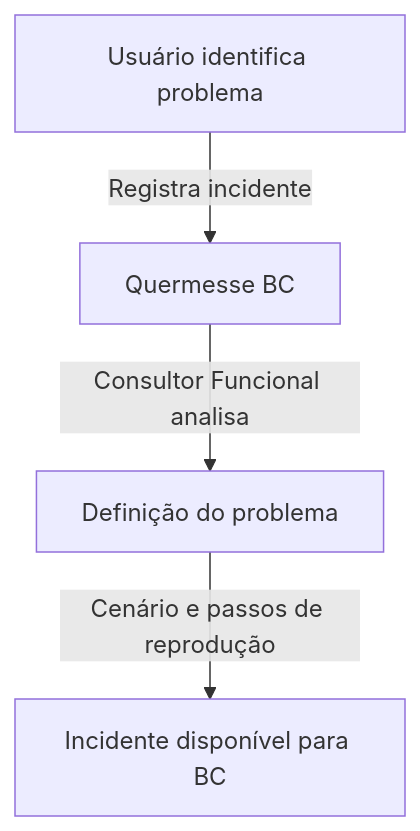
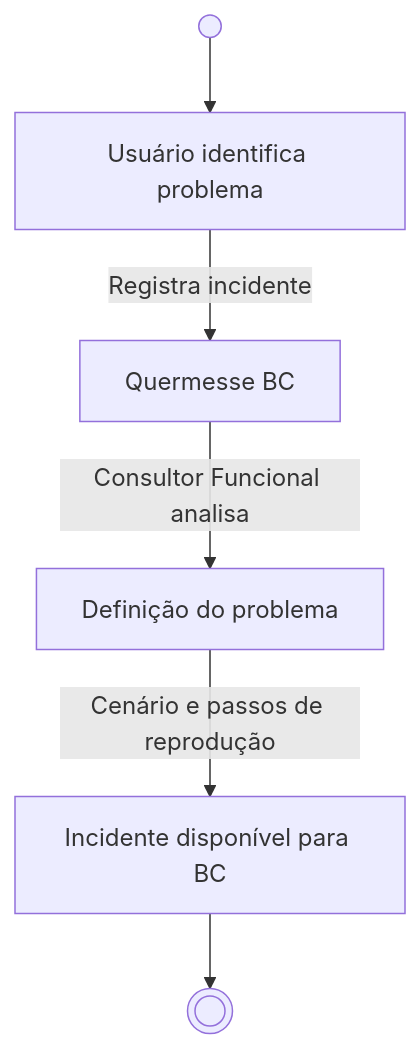
The first of 3 diagrams in doc/doc.md (edmilson-nascimento/Quermesse), drawn with Mermaid before and after one commit. The commit also changed other lines of this file, not shown here.

````diff
--- a/doc/doc.md
+++ b/doc/doc.md
@@ -34,6 +39,6 @@
 ```mermaid
 graph TD;
-  A[Usuário identifica problema] -->|Registra incidente| B[Quermesse BC]
+  Begin((" ")):::startClass --> A[Usuário identifica problema] -->|Registra incidente| B[Quermesse BC]
   B -->|Consultor Funcional analisa| C[Definição do problema]
-  C -->|Cenário e passos de reprodução| D[Incidente disponível para BC]
+  C -->|Cenário e passos de reprodução| D[Incidente disponível para BC] --> End(((" "))):::endClass
 ```
````
